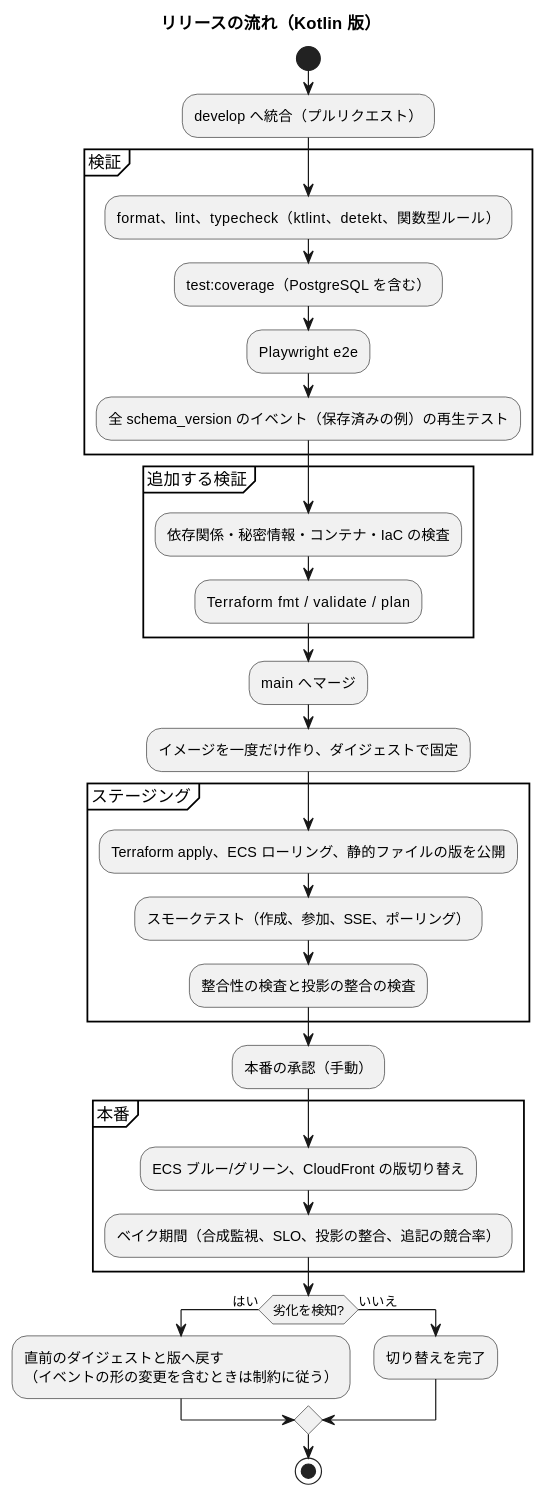
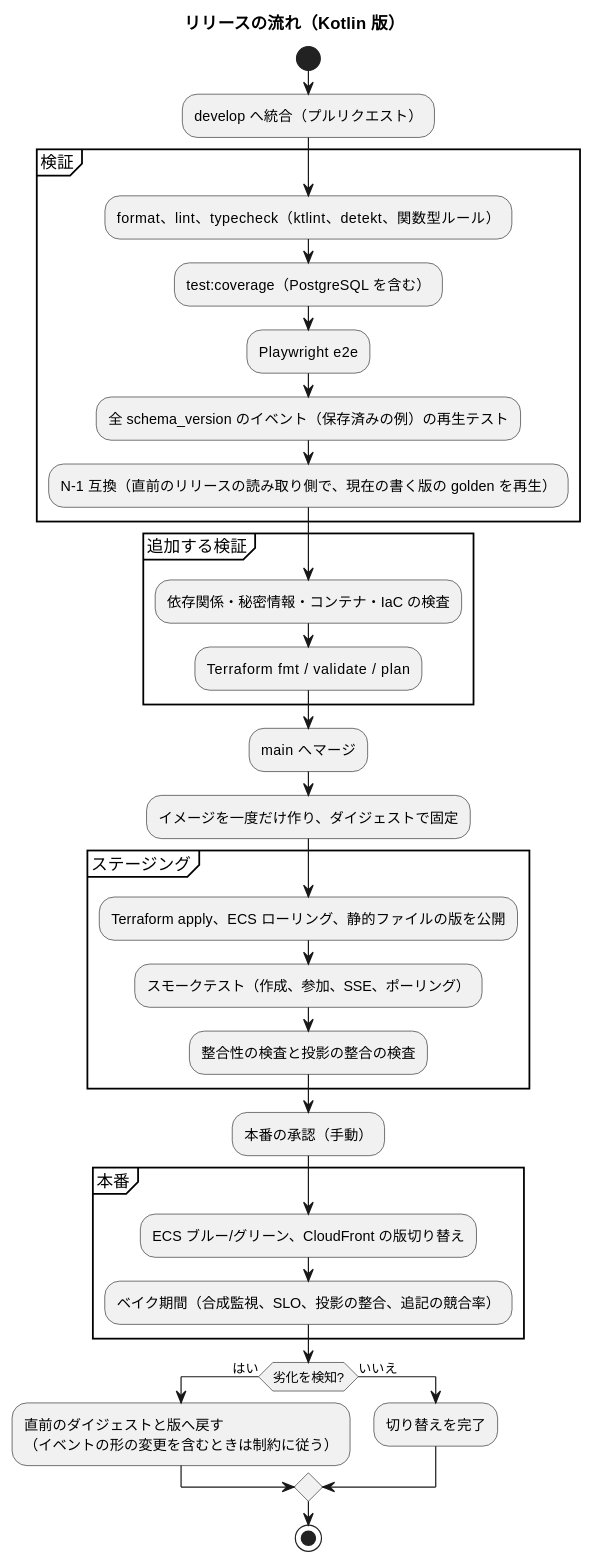
One commit to k2works/case-study-beer-game-simulation changed the second of 2 diagrams in docs/design/beer-game-kotlin/operation.md. Above: the diagram before and after it, drawn with PlantUML. The commit also changed other lines of this file and 10 other files, not shown here.

````diff
--- a/docs/design/beer-game-kotlin/operation.md
+++ b/docs/design/beer-game-kotlin/operation.md
@@ -278,36 +291,37 @@
 ```plantuml
 @startuml
 title リリースの流れ（Kotlin 版）
 
 start
 :develop へ統合（プルリクエスト）;
 partition "検証" {
   :format、lint、typecheck（ktlint、detekt、関数型ルール）;
   :test:coverage（PostgreSQL を含む）;
   :Playwright e2e;
   :全 schema_version のイベント（保存済みの例）の再生テスト;
+  :N-1 互換（直前のリリースの読み取り側で、現在の書く版の golden を再生）;
 }
 partition "追加する検証" {
   :依存関係・秘密情報・コンテナ・IaC の検査;
   :Terraform fmt / validate / plan;
 }
 :main へマージ;
 :イメージを一度だけ作り、ダイジェストで固定;
 partition "ステージング" {
   :Terraform apply、ECS ローリング、静的ファイルの版を公開;
   :スモークテスト（作成、参加、SSE、ポーリング）;
   :整合性の検査と投影の整合の検査;
 }
 :本番の承認（手動）;
 partition "本番" {
   :ECS ブルー/グリーン、CloudFront の版切り替え;
   :ベイク期間（合成監視、SLO、投影の整合、追記の競合率）;
 }
 if (劣化を検知?) then (はい)
   :直前のダイジェストと版へ戻す\n（イベントの形の変更を含むときは制約に従う）;
 else (いいえ)
   :切り替えを完了;
 endif
 stop
 @enduml
 ```
````
